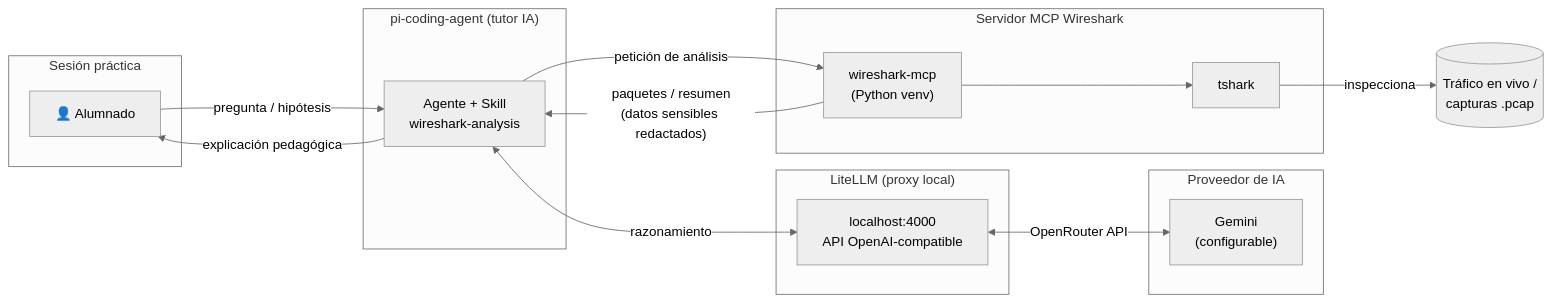
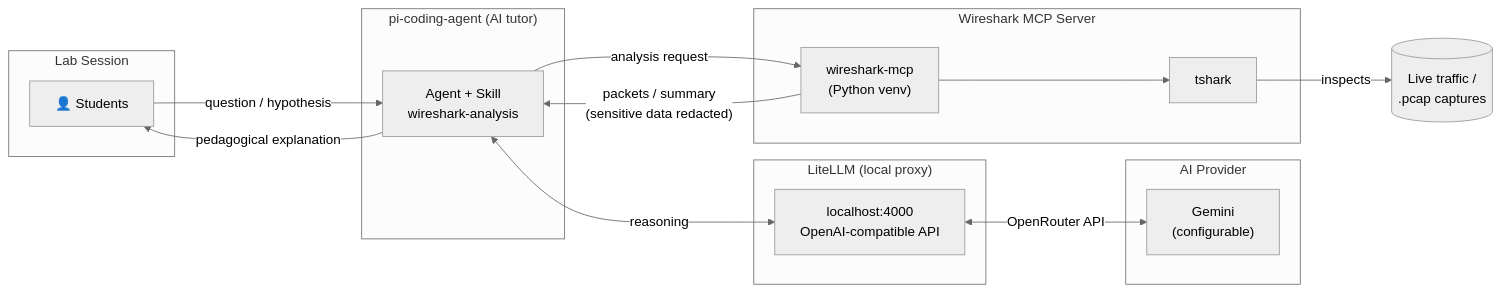
Before and after one commit to linares2002/agent: the diagram in README.md, drawn with Mermaid (neutral theme). The commit also changed other lines of this file, not shown here.

````diff
--- a/README.md
+++ b/README.md
@@ -21,34 +21,34 @@
 ```mermaid
 flowchart LR
-    subgraph Alumno["Sesión práctica"]
-        A["👤 Alumnado"]
+    subgraph Student["Lab Session"]
+        A["👤 Students"]
     end
 
-    subgraph Agente["pi-coding-agent (tutor IA)"]
-        B["Agente + Skill\nwireshark-analysis"]
+    subgraph Agent["pi-coding-agent (AI tutor)"]
+        B["Agent + Skill\nwireshark-analysis"]
     end
 
-    subgraph Proxy["LiteLLM (proxy local)"]
-        L["localhost:4000\nAPI OpenAI-compatible"]
+    subgraph Proxy["LiteLLM (local proxy)"]
+        L["localhost:4000\nOpenAI-compatible API"]
     end
 
-    subgraph Proveedor["Proveedor de IA"]
+    subgraph Provider["AI Provider"]
         C["Gemini\n(configurable)"]
     end
 
-    subgraph MCP["Servidor MCP Wireshark"]
+    subgraph MCP["Wireshark MCP Server"]
         D["wireshark-mcp\n(Python venv)"]
         E["tshark"]
     end
 
-    F[("Tráfico en vivo /\ncapturas .pcap")]
+    F[("Live traffic /\n.pcap captures")]
 
-    A -- "pregunta / hipótesis" --> B
-    B -- "explicación pedagógica" --> A
-    B <-- "razonamiento" --> L
+    A -- "question / hypothesis" --> B
+    B -- "pedagogical explanation" --> A
+    B <-- "reasoning" --> L
     L <-- "OpenRouter API" --> C
-    B -- "petición de análisis" --> D
+    B -- "analysis request" --> D
     D --> E
-    E -- "inspecciona" --> F
-    D -- "paquetes / resumen\n(datos sensibles redactados)" --> B
+    E -- "inspects" --> F
+    D -- "packets / summary\n(sensitive data redacted)" --> B
 ```
````
